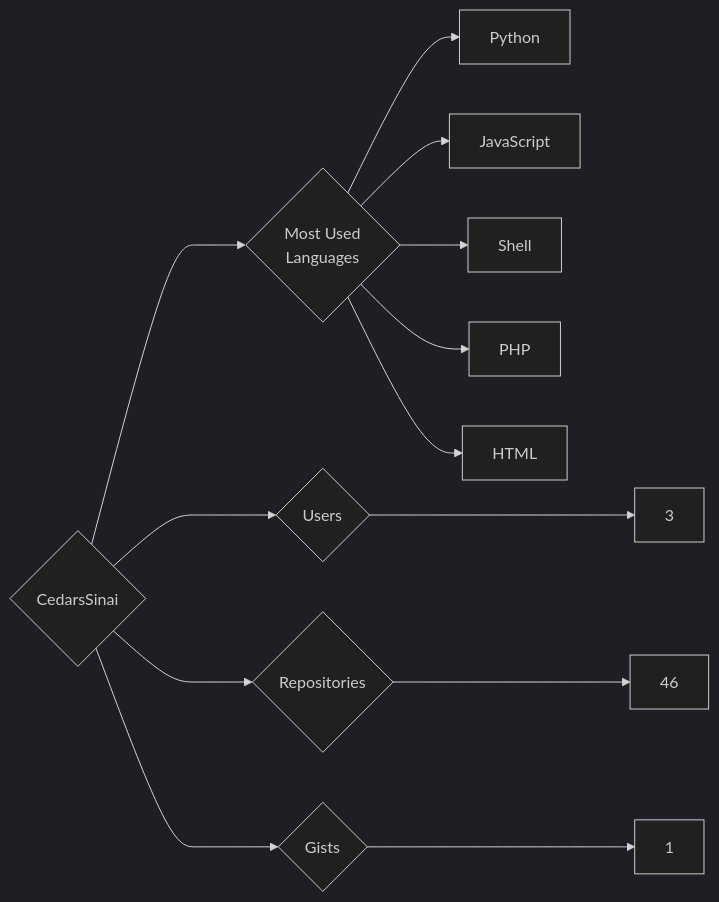
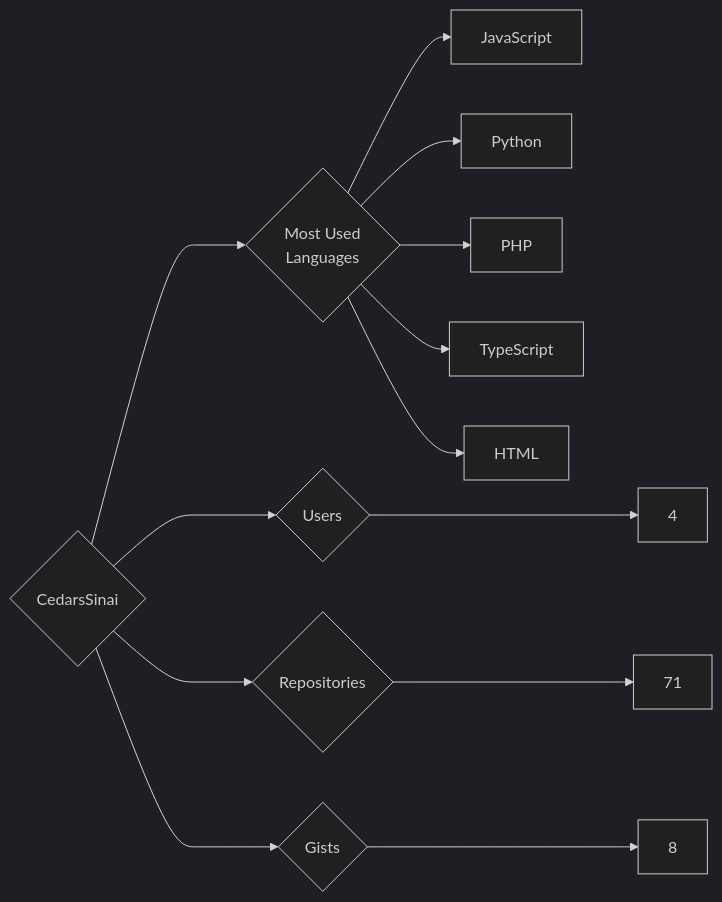
Before and after one commit to trickest/insiders: the diagram in targets/CedarsSinai/README.md, drawn with Mermaid (dark theme). The commit also changed 1092 other files, not shown here.

````diff
--- a/targets/CedarsSinai/README.md
+++ b/targets/CedarsSinai/README.md
@@ -3,13 +3,13 @@
 ```mermaid
 graph LR
 COMPANY_NAME{CedarsSinai}
-COMPANY_NAME ---> U{Users} ---> UN[3]
-COMPANY_NAME ---> R{Repositories} ---> RN[46]
-COMPANY_NAME ---> G{Gists} ---> GN[1]
+COMPANY_NAME ---> U{Users} ---> UN[4]
+COMPANY_NAME ---> R{Repositories} ---> RN[71]
+COMPANY_NAME ---> G{Gists} ---> GN[8]
 COMPANY_NAME ---> ML{Most Used<br>Languages}
+ML --> JavaScript[JavaScript]
 ML --> Python[Python]
-ML --> JavaScript[JavaScript]
-ML --> Shell[Shell]
 ML --> PHP[PHP]
+ML --> TypeScript[TypeScript]
 ML --> HTML[HTML]
 ```
````
